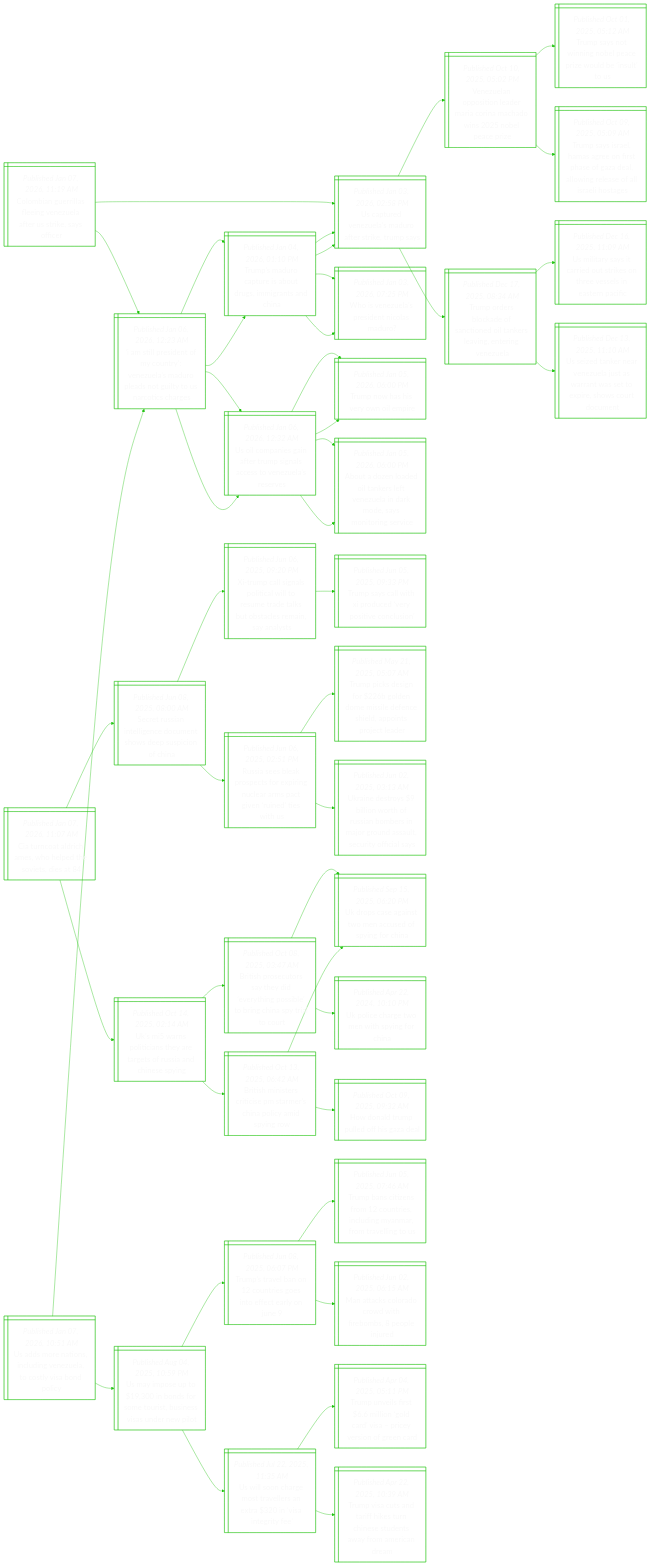
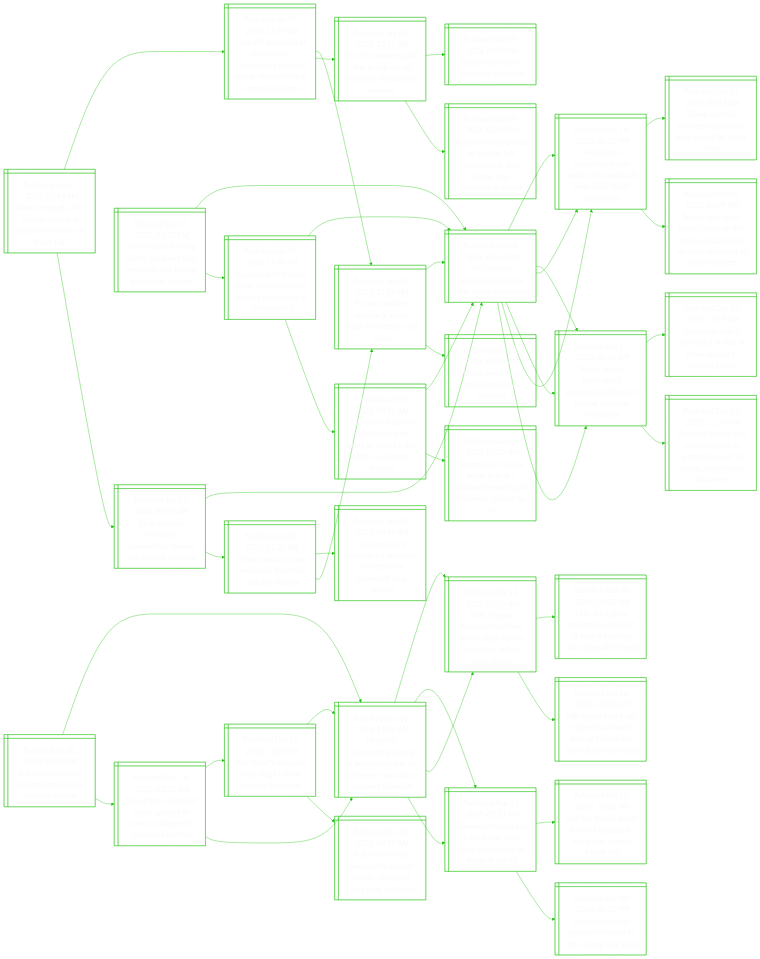
Before and after one commit to notJmes/notJmes: the diagram in README.md, drawn with Mermaid. The commit also changed other lines of this file, not shown here.

````diff
--- a/README.md
+++ b/README.md
@@ -16,8 +16,54 @@
 flowchart LR
 classDef txtsize font-size:20px;
 
-CbullgzaUiyi@{ shape: win-pane, label: "_Published Jan 07, 2026, 11:19 AM_
-Colombian guerrillas fleeing venezuela after us strike, says officer" }
+AVuirarurassk@{ shape: win-pane, label: "_Published Jan 07, 2026, 03:45 PM_
+After venezuela, five targets appear in trump’s crosshairs. is it just talk?" }
+Iienytnldlniorcr@{ shape: win-pane, label: "_Published Jan 06, 2026, 12:23 AM_
+‘i am still president of my country’: venezuela’s maduro pleads not guilty to us narcotics charges" }
+Tsrtstsgsh@{ shape: win-pane, label: "_Published Jan 04, 2026, 01:10 PM_
+Trump’s maduro capture is about drugs, immigrants and china" }
+UtVuMorkms@{ shape: win-pane, label: "_Published Jan 03, 2026, 02:58 PM_
+Us captured venezuela’s maduro after strike, trump says" }
+WVuPdisr@{ shape: win-pane, label: "_Published Jan 03, 2026, 07:25 PM_
+Who is venezuela’s president nicolas maduro?" }
+Ucnatugasnlss@{ shape: win-pane, label: "_Published Jan 06, 2026, 12:32 AM_
+Us oil companies gain after trump signals access to venezuela’s reserves" }
+Tnsenm@{ shape: win-pane, label: "_Published Jan 05, 2026, 06:00 PM_
+Trump now has his very own oil empire" }
+Aanetrtziksoree@{ shape: win-pane, label: "_Published Jan 05, 2026, 06:00 PM_
+About a dozen loaded oil tankers left venezuela in dark mode, says monitoring service" }
+HueetnreMer@{ shape: win-pane, label: "_Published Jan 07, 2026, 08:15 AM_
+How trump’s venezuela intervention revived the monroe doctrine" }
+UtVuMorkms@{ shape: win-pane, label: "_Published Jan 03, 2026, 02:58 PM_
+Us captured venezuela’s maduro after strike, trump says" }
+Vuoilranhibai@{ shape: win-pane, label: "_Published Oct 10, 2025, 05:02 PM_
+Venezuelan opposition leader maria corina machado wins 2025 nobel peace prize" }
+Toskftdasitgz@{ shape: win-pane, label: "_Published Dec 17, 2025, 08:34 AM_
+Trump orders blockade of sanctioned oil tankers leaving, entering venezuela" }
+TsSnzaraeu@{ shape: win-pane, label: "_Published Jan 04, 2026, 01:05 AM_
+Trump says us to run venezuela after raid captures maduro" }
+Usrrfrreiscrs@{ shape: win-pane, label: "_Published Jan 01, 2026, 06:44 AM_
+Us coast guard searches for survivors after strike on suspected drug vessels" }
+Tsrtstsgsh@{ shape: win-pane, label: "_Published Jan 04, 2026, 01:10 PM_
+Trump’s maduro capture is about drugs, immigrants and china" }
+
+AVuirarurassk:::txtsize --> Iienytnldlniorcr:::txtsize
+Iienytnldlniorcr:::txtsize --> Tsrtstsgsh:::txtsize
+Tsrtstsgsh:::txtsize --> UtVuMorkms:::txtsize
+Tsrtstsgsh:::txtsize --> WVuPdisr:::txtsize
+Iienytnldlniorcr:::txtsize --> Ucnatugasnlss:::txtsize
+Ucnatugasnlss:::txtsize --> Tnsenm:::txtsize
+Ucnatugasnlss:::txtsize --> Aanetrtziksoree:::txtsize
+AVuirarurassk:::txtsize --> HueetnreMer:::txtsize
+HueetnreMer:::txtsize --> UtVuMorkms:::txtsize
+UtVuMorkms:::txtsize --> Vuoilranhibai:::txtsize
+UtVuMorkms:::txtsize --> Toskftdasitgz:::txtsize
+HueetnreMer:::txtsize --> TsSnzaraeu:::txtsize
+TsSnzaraeu:::txtsize --> Usrrfrreiscrs:::txtsize
+TsSnzaraeu:::txtsize --> Tsrtstsgsh:::txtsize
+
+CreoiMoetwubee@{ shape: win-pane, label: "_Published Jan 07, 2026, 03:30 PM_
+‘comfortable for long flights’: maduro’s nike sweatsuit was bound to become a meme" }
 UtVuMorkms@{ shape: win-pane, label: "_Published Jan 03, 2026, 02:58 PM_
 Us captured venezuela’s maduro after strike, trump says" }
 Vuoilranhibai@{ shape: win-pane, label: "_Published Oct 10, 2025, 05:02 PM_
@@ -32,123 +78,80 @@
 Us military says it carried out strikes on three vessels in eastern pacific" }
 Uznenltrwtphoon@{ shape: win-pane, label: "_Published Dec 13, 2025, 11:10 AM_
 Us seized tanker near venezuela just as warrant was set to expire, shows court document" }
-Iienytnldlniorcr@{ shape: win-pane, label: "_Published Jan 06, 2026, 12:23 AM_
-‘i am still president of my country’: venezuela’s maduro pleads not guilty to us narcotics charges" }
-Tsrtstsgsh@{ shape: win-pane, label: "_Published Jan 04, 2026, 01:10 PM_
-Trump’s maduro capture is about drugs, immigrants and china" }
+Utfrlmuinuiama@{ shape: win-pane, label: "_Published Jan 05, 2026, 11:45 PM_
+Us capture of maduro could prompt caution in china’s courtship of latin america" }
 UtVuMorkms@{ shape: win-pane, label: "_Published Jan 03, 2026, 02:58 PM_
 Us captured venezuela’s maduro after strike, trump says" }
-WVuPdisr@{ shape: win-pane, label: "_Published Jan 03, 2026, 07:25 PM_
-Who is venezuela’s president nicolas maduro?" }
-Ucnatugasnlss@{ shape: win-pane, label: "_Published Jan 06, 2026, 12:32 AM_
-Us oil companies gain after trump signals access to venezuela’s reserves" }
-Tnsenm@{ shape: win-pane, label: "_Published Jan 05, 2026, 06:00 PM_
-Trump now has his very own oil empire" }
-Aanetrtziksoree@{ shape: win-pane, label: "_Published Jan 05, 2026, 06:00 PM_
-About a dozen loaded oil tankers left venezuela in dark mode, says monitoring service" }
+Vuoilranhibai@{ shape: win-pane, label: "_Published Oct 10, 2025, 05:02 PM_
+Venezuelan opposition leader maria corina machado wins 2025 nobel peace prize" }
+Toskftdasitgz@{ shape: win-pane, label: "_Published Dec 17, 2025, 08:34 AM_
+Trump orders blockade of sanctioned oil tankers leaving, entering venezuela" }
+CstoeueiwjaUtMo@{ shape: win-pane, label: "_Published Jan 05, 2026, 09:35 AM_
+China says it cannot accept countries acting as ‘world judge’ after us captures maduro" }
+UtVuMorkms@{ shape: win-pane, label: "_Published Jan 03, 2026, 02:58 PM_
+Us captured venezuela’s maduro after strike, trump says" }
+VuMogaodkalnty@{ shape: win-pane, label: "_Published Jan 05, 2026, 07:20 AM_
+Venezuela’s maduro being held at a troubled brooklyn jail following capture by us" }
 
-CbullgzaUiyi:::txtsize --> UtVuMorkms:::txtsize
+CreoiMoetwubee:::txtsize --> UtVuMorkms:::txtsize
 UtVuMorkms:::txtsize --> Vuoilranhibai:::txtsize
 Vuoilranhibai:::txtsize --> TsonoeroelS:::txtsize
 Vuoilranhibai:::txtsize --> TssHaossaaorslaoe:::txtsize
 UtVuMorkms:::txtsize --> Toskftdasitgz:::txtsize
 Toskftdasitgz:::txtsize --> Uistitktvlanf:::txtsize
 Toskftdasitgz:::txtsize --> Uznenltrwtphoon:::txtsize
-CbullgzaUiyi:::txtsize --> Iienytnldlniorcr:::txtsize
-Iienytnldlniorcr:::txtsize --> Tsrtstsgsh:::txtsize
-Tsrtstsgsh:::txtsize --> UtVuMorkms:::txtsize
-Tsrtstsgsh:::txtsize --> WVuPdisr:::txtsize
-Iienytnldlniorcr:::txtsize --> Ucnatugasnlss:::txtsize
-Ucnatugasnlss:::txtsize --> Tnsenm:::txtsize
-Ucnatugasnlss:::txtsize --> Aanetrtziksoree:::txtsize
+CreoiMoetwubee:::txtsize --> Utfrlmuinuiama:::txtsize
+Utfrlmuinuiama:::txtsize --> UtVuMorkms:::txtsize
+UtVuMorkms:::txtsize --> Vuoilranhibai:::txtsize
+UtVuMorkms:::txtsize --> Toskftdasitgz:::txtsize
+Utfrlmuinuiama:::txtsize --> CstoeueiwjaUtMo:::txtsize
+CstoeueiwjaUtMo:::txtsize --> UtVuMorkms:::txtsize
+CstoeueiwjaUtMo:::txtsize --> VuMogaodkalnty:::txtsize
 
-Crtiehdosa@{ shape: win-pane, label: "_Published Jan 07, 2026, 11:07 AM_
-Cia turncoat aldrich ames, who helped the soviets, dies at 84" }
-Stitgdeoepni@{ shape: win-pane, label: "_Published Jun 08, 2025, 08:00 AM_
-Secret russian intelligence document shows deep suspicion of china" }
-Xmlalalsrautsias@{ shape: win-pane, label: "_Published Jun 06, 2025, 09:20 PM_
-Xi-trump call signals political will to resume trade talks but obstacles remain, say analysts" }
-Tsatreytos@{ shape: win-pane, label: "_Published Jun 05, 2025, 09:33 PM_
-Trump says call with xi produced ‘very positive conclusion’" }
-RabpeoinasgrdwS@{ shape: win-pane, label: "_Published Jun 06, 2025, 02:51 PM_
-Russia sees bleak prospects for expiring nuclear arms pact given ‘ruined’ ties with us" }
-TpdnGnmlehanolr@{ shape: win-pane, label: "_Published May 21, 2025, 05:07 AM_
-Trump picks design for $226b golden dome missile defence shield, appoints project leader" }
-Untbotunemgducyca@{ shape: win-pane, label: "_Published Jun 02, 2025, 03:13 AM_
-Ukraine destroys $9 billion worth of russian bombers in major ground assault, security official says" }
-Uwpisarosdey@{ shape: win-pane, label: "_Published Oct 14, 2025, 02:14 AM_
-Uk’s mi5 warns politicians they are targets of russia and chinese spying" }
-Bssoydeiseiiylu@{ shape: win-pane, label: "_Published Oct 08, 2025, 03:47 AM_
-British prosecutors say they did ‘everything possible’ to bring china spy trial to court" }
-Upenocdyon@{ shape: win-pane, label: "_Published Sep 15, 2025, 06:20 PM_
-Uk drops case against two men accused of spying for china" }
-Uiawwpfi@{ shape: win-pane, label: "_Published Apr 22, 2024, 10:10 PM_
-Uk police charge two men with spying for china" }
-BsisiPrCpysg@{ shape: win-pane, label: "_Published Oct 13, 2025, 06:42 AM_
-British ministers criticise pm starmer’s china policy amid spying row" }
-Upenocdyon@{ shape: win-pane, label: "_Published Sep 15, 2025, 06:20 PM_
-Uk drops case against two men accused of spying for china" }
-Hnruosd@{ shape: win-pane, label: "_Published Oct 09, 2025, 09:32 AM_
-How donald trump pulled off his gaza deal" }
+Ristrnoase@{ shape: win-pane, label: "_Published Jan 07, 2026, 02:15 PM_
+Rob reiner’s son set for arraignment over parents’ murder" }
+Uivgghoorreafpni@{ shape: win-pane, label: "_Published Dec 15, 2025, 11:45 AM_
+Us police investigating deaths of hollywood director rob reiner and wife as apparent homicide" }
+WfHaroetimsrit@{ shape: win-pane, label: "_Published Apr 16, 2025, 09:39 AM_
+Wife of gene hackman searched online about flu-like symptoms before their deaths" }
+Lcecsdttltraht@{ shape: win-pane, label: "_Published Mar 18, 2025, 02:00 PM_
+Late actor gene hackman’s wife died at least a day later than originally thought" }
+PfnoGaneqihecn@{ shape: win-pane, label: "_Published Feb 28, 2025, 05:49 AM_
+Pills found near body of gene hackman’s wife as inquiry into their deaths continues" }
+TnalaCCuuaoa@{ shape: win-pane, label: "_Published Mar 16, 2025, 05:51 PM_
+Taiwanese martial arts actor chang chen-huan found dead at home at age 65" }
+Duklrruosrers@{ shape: win-pane, label: "_Published Feb 16, 2025, 06:00 PM_
+Dee hsu thanks public for their tributes to late sister, actress barbie hsu" }
+FTnuaeLins@{ shape: win-pane, label: "_Published Dec 04, 2024, 05:50 PM_
+Famed taiwanese musician-director liu chia-chang dies at 81" }
+Sfaonpirhsrdn@{ shape: win-pane, label: "_Published Dec 18, 2025, 02:35 AM_
+Son of film-maker rob reiner appears in court on charges he murdered parents" }
+Nesgwresnst@{ shape: win-pane, label: "_Published Dec 16, 2025, 12:22 PM_
+Nick reiner’s struggles with drugs left his parents ‘desperate’" }
+Uivgghoorreafpni@{ shape: win-pane, label: "_Published Dec 15, 2025, 11:45 AM_
+Us police investigating deaths of hollywood director rob reiner and wife as apparent homicide" }
+Risrdaseudddi@{ shape: win-pane, label: "_Published Dec 16, 2025, 04:39 AM_
+Rob reiner’s son, arrested for parents’ murder, struggled with drug addiction" }
+Uivgghoorreafpni@{ shape: win-pane, label: "_Published Dec 15, 2025, 11:45 AM_
+Us police investigating deaths of hollywood director rob reiner and wife as apparent homicide" }
+WfHaroetimsrit@{ shape: win-pane, label: "_Published Apr 16, 2025, 09:39 AM_
+Wife of gene hackman searched online about flu-like symptoms before their deaths" }
+TnalaCCuuaoa@{ shape: win-pane, label: "_Published Mar 16, 2025, 05:51 PM_
+Taiwanese martial arts actor chang chen-huan found dead at home at age 65" }
 
-Crtiehdosa:::txtsize --> Stitgdeoepni:::txtsize
-Stitgdeoepni:::txtsize --> Xmlalalsrautsias:::txtsize
-Xmlalalsrautsias:::txtsize --> Tsatreytos:::txtsize
-Stitgdeoepni:::txtsize --> RabpeoinasgrdwS:::txtsize
-RabpeoinasgrdwS:::txtsize --> TpdnGnmlehanolr:::txtsize
-RabpeoinasgrdwS:::txtsize --> Untbotunemgducyca:::txtsize
-Crtiehdosa:::txtsize --> Uwpisarosdey:::txtsize
-Uwpisarosdey:::txtsize --> Bssoydeiseiiylu:::txtsize
-Bssoydeiseiiylu:::txtsize --> Upenocdyon:::txtsize
-Bssoydeiseiiylu:::txtsize --> Uiawwpfi:::txtsize
-Uwpisarosdey:::txtsize --> BsisiPrCpysg:::txtsize
-BsisiPrCpysg:::txtsize --> Upenocdyon:::txtsize
-BsisiPrCpysg:::txtsize --> Hnruosd:::txtsize
-
-Usnnlgzttsdc@{ shape: win-pane, label: "_Published Jan 07, 2026, 10:51 AM_
-Us adds more nations, including venezuela, to costly visa bond policy" }
-Uieidsotnineo@{ shape: win-pane, label: "_Published Aug 04, 2025, 10:59 PM_
-Us may impose up to $19,300 in bonds for some tourist, business visas under new pilot" }
-Tseonsifeoe@{ shape: win-pane, label: "_Published Jun 08, 2025, 06:07 PM_
-Trump’s travel ban on 12 countries goes into effect early on june 9" }
-Tbinmtidyrtlt@{ shape: win-pane, label: "_Published Jun 05, 2025, 07:46 AM_
-Trump bans citizens from 12 countries, including myanmar, from travelling to us" }
-MtCaoteslu@{ shape: win-pane, label: "_Published Jun 02, 2025, 06:15 AM_
-Man attacks colorado crowd with firebombs, 8 people injured" }
-Ulcetlaritt@{ shape: win-pane, label: "_Published Jul 22, 2025, 11:35 AM_
-Us will soon charge most travellers an extra $320 in ‘visa integrity fee’" }
-Tulsloraesfn@{ shape: win-pane, label: "_Published Apr 04, 2025, 05:11 PM_
-Trump unveils first $6.6 million ‘gold card’ visa – pricey version of green card" }
-Tvudfeneusfmaa@{ shape: win-pane, label: "_Published Apr 22, 2025, 10:39 AM_
-Trump visa cuts and tariff hikes turn chinese students away from american dream" }
-Iienytnldlniorcr@{ shape: win-pane, label: "_Published Jan 06, 2026, 12:23 AM_
-‘i am still president of my country’: venezuela’s maduro pleads not guilty to us narcotics charges" }
-Tsrtstsgsh@{ shape: win-pane, label: "_Published Jan 04, 2026, 01:10 PM_
-Trump’s maduro capture is about drugs, immigrants and china" }
-UtVuMorkms@{ shape: win-pane, label: "_Published Jan 03, 2026, 02:58 PM_
-Us captured venezuela’s maduro after strike, trump says" }
-WVuPdisr@{ shape: win-pane, label: "_Published Jan 03, 2026, 07:25 PM_
-Who is venezuela’s president nicolas maduro?" }
-Ucnatugasnlss@{ shape: win-pane, label: "_Published Jan 06, 2026, 12:32 AM_
-Us oil companies gain after trump signals access to venezuela’s reserves" }
-Tnsenm@{ shape: win-pane, label: "_Published Jan 05, 2026, 06:00 PM_
-Trump now has his very own oil empire" }
-Aanetrtziksoree@{ shape: win-pane, label: "_Published Jan 05, 2026, 06:00 PM_
-About a dozen loaded oil tankers left venezuela in dark mode, says monitoring service" }
-
-Usnnlgzttsdc:::txtsize --> Uieidsotnineo:::txtsize
-Uieidsotnineo:::txtsize --> Tseonsifeoe:::txtsize
-Tseonsifeoe:::txtsize --> Tbinmtidyrtlt:::txtsize
-Tseonsifeoe:::txtsize --> MtCaoteslu:::txtsize
-Uieidsotnineo:::txtsize --> Ulcetlaritt:::txtsize
-Ulcetlaritt:::txtsize --> Tulsloraesfn:::txtsize
-Ulcetlaritt:::txtsize --> Tvudfeneusfmaa:::txtsize
-Usnnlgzttsdc:::txtsize --> Iienytnldlniorcr:::txtsize
-Iienytnldlniorcr:::txtsize --> Tsrtstsgsh:::txtsize
-Tsrtstsgsh:::txtsize --> UtVuMorkms:::txtsize
-Tsrtstsgsh:::txtsize --> WVuPdisr:::txtsize
-Iienytnldlniorcr:::txtsize --> Ucnatugasnlss:::txtsize
-Ucnatugasnlss:::txtsize --> Tnsenm:::txtsize
-Ucnatugasnlss:::txtsize --> Aanetrtziksoree:::txtsize
+Ristrnoase:::txtsize --> Uivgghoorreafpni:::txtsize
+Uivgghoorreafpni:::txtsize --> WfHaroetimsrit:::txtsize
+WfHaroetimsrit:::txtsize --> Lcecsdttltraht:::txtsize
+WfHaroetimsrit:::txtsize --> PfnoGaneqihecn:::txtsize
+Uivgghoorreafpni:::txtsize --> TnalaCCuuaoa:::txtsize
+TnalaCCuuaoa:::txtsize --> Duklrruosrers:::txtsize
+TnalaCCuuaoa:::txtsize --> FTnuaeLins:::txtsize
+Ristrnoase:::txtsize --> Sfaonpirhsrdn:::txtsize
+Sfaonpirhsrdn:::txtsize --> Nesgwresnst:::txtsize
+Nesgwresnst:::txtsize --> Uivgghoorreafpni:::txtsize
+Nesgwresnst:::txtsize --> Risrdaseudddi:::txtsize
+Sfaonpirhsrdn:::txtsize --> Uivgghoorreafpni:::txtsize
+Uivgghoorreafpni:::txtsize --> WfHaroetimsrit:::txtsize
+Uivgghoorreafpni:::txtsize --> TnalaCCuuaoa:::txtsize
 
 ```
````
